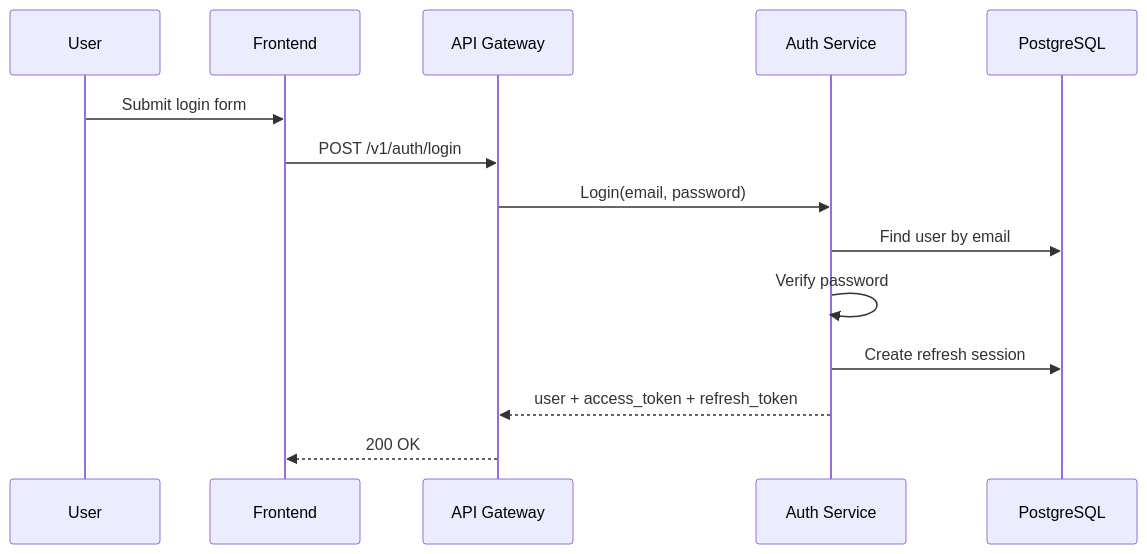
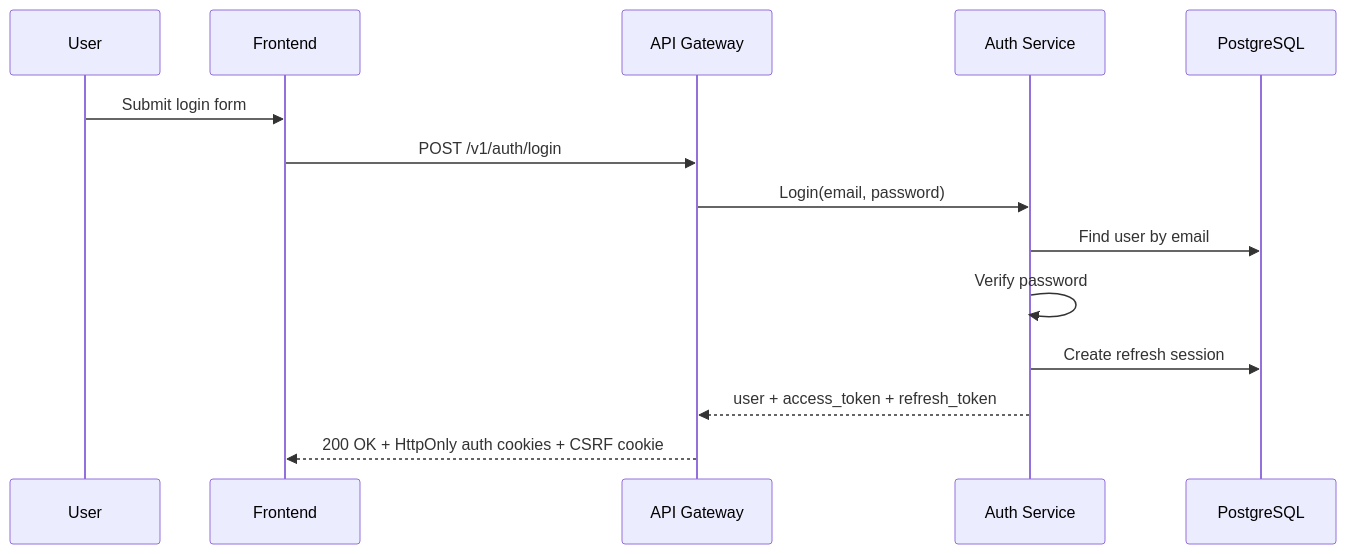
One commit to tmcrypted/berusmenu changed the fourth of 15 diagrams in docs/sequence-diagrams.md. Above: the diagram before and after it, drawn with Mermaid. The commit also changed other lines of this file and 91 other files, not shown here.

````diff
--- a/docs/sequence-diagrams.md
+++ b/docs/sequence-diagrams.md
@@ -91,17 +91,17 @@
 ```mermaid
 sequenceDiagram
     participant U as User
     participant FE as Frontend
     participant GW as API Gateway
     participant AU as Auth Service
     participant PG as PostgreSQL
 
     U->>FE: Submit login form
     FE->>GW: POST /v1/auth/login
     GW->>AU: Login(email, password)
     AU->>PG: Find user by email
     AU->>AU: Verify password
     AU->>PG: Create refresh session
     AU-->>GW: user + access_token + refresh_token
-    GW-->>FE: 200 OK
+    GW-->>FE: 200 OK + HttpOnly auth cookies + CSRF cookie
 ```
````
